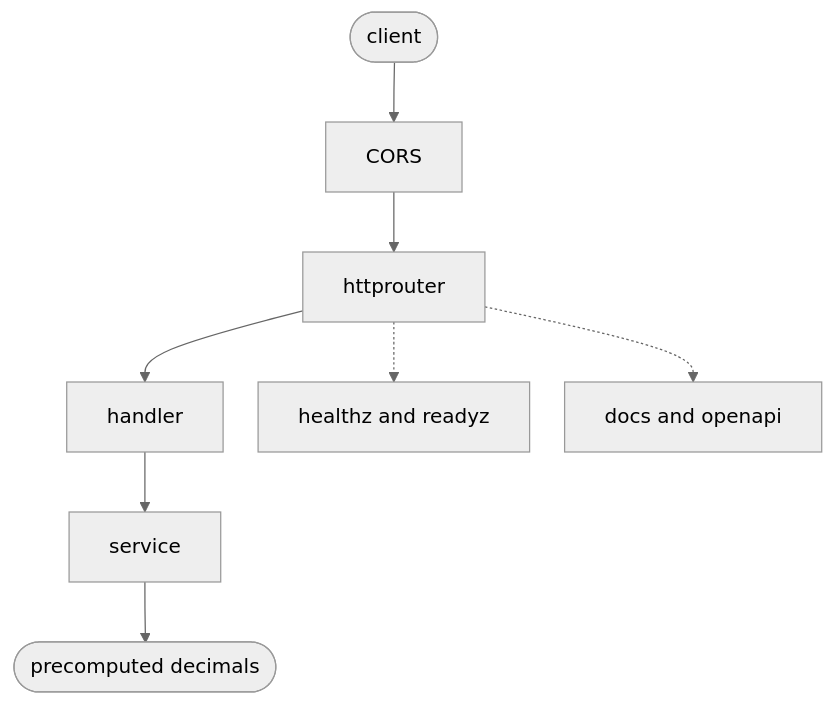
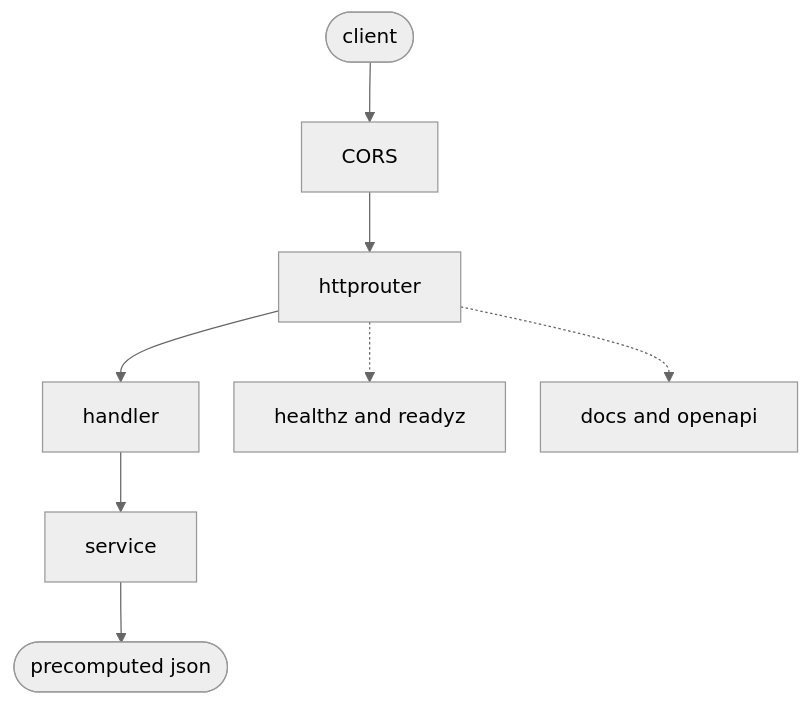
Before and after one commit to akrem-chabchoub/fibonacci-api: the diagram in README.md, drawn with Mermaid. The commit also changed other lines of this file and 5 other files, not shown here.

````diff
--- a/README.md
+++ b/README.md
@@ -11,13 +11,13 @@
 ```mermaid
 %%{init: {"theme": "neutral", "flowchart": {"curve": "basis", "padding": 16, "nodeSpacing": 28, "rankSpacing": 48}}}%%
 flowchart TB
   client([client]) --> cors[CORS]
   cors --> mux[httprouter]
 
   mux --> handler[handler]
   handler --> service[service]
-  service --> json([precomputed decimals])
+  service --> json([precomputed json])
 
   mux -.-> health[healthz and readyz]
   mux -.-> docs[docs and openapi]
 ```
````
